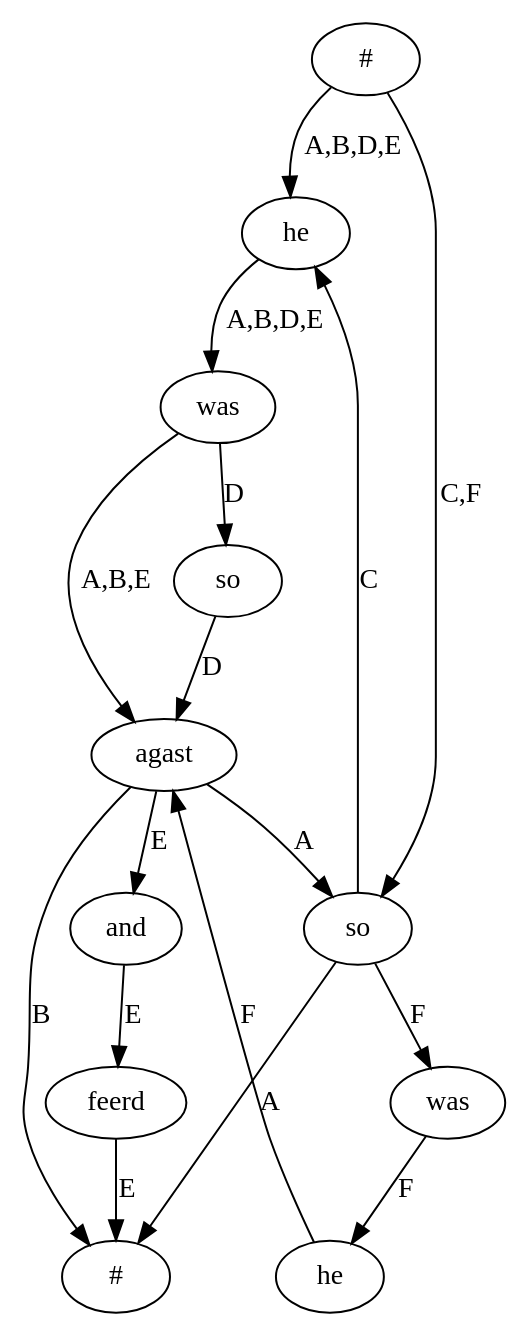
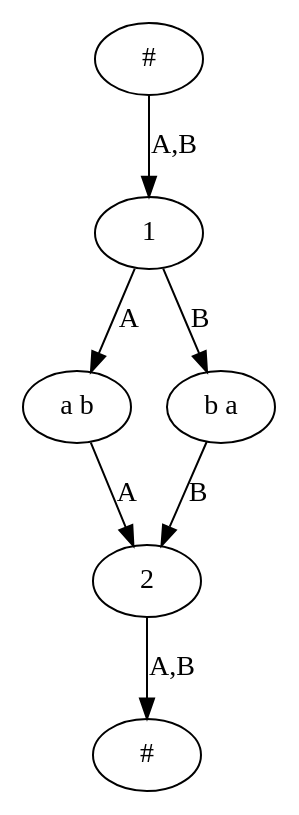
One commit to interedition/collatex changed the diagram in collatex-web/src/main/ruby/input.dot. Above: the diagram before and after it, drawn with Graphviz. The commit also changed 1 other file, not shown here.

Commit message:
remarks for output switch for svg view: cyclic unjoined or acyclic joined graph

```diff
--- a/collatex-web/src/main/ruby/input.dot
+++ b/collatex-web/src/main/ruby/input.dot
@@ -1,29 +1,14 @@
 digraph G {
-  58 [label = "#"];
-  59 [label = "#"];
-  60 [label = "he"];
-  61 [label = "was"];
-  62 [label = "agast"];
-  63 [label = "so"];
-  64 [label = "and"];
-  65 [label = "feerd"];
-  66 [label = "so"];
-  67 [label = "was"];
-  68 [label = "he"];
-  58 -> 60 [label = "A,B,D,E"];
-  60 -> 61 [label = "A,B,D,E"];
-  61 -> 62 [label = "A,B,E"];
-  62 -> 63 [label = "A"];
-  63 -> 59 [label = "A"];
-  62 -> 59 [label = "B"];
-  62 -> 64 [label = "E"];
-  64 -> 65 [label = "E"];
-  65 -> 59 [label = "E"];
-  61 -> 66 [label = "D"];
-  66 -> 62 [label = "D"];
-  58 -> 63 [label = "C,F"];
-  63 -> 60 [label = "C"];
-  63 -> 67 [label = "F"];
-  67 -> 68 [label = "F"];
-  68 -> 62 [label = "F"];
+  66 [label = "#"];
+  67 [label = "#"];
+  68 [label = "1"];
+  69 [label = "a b"];
+  70 [label = "2"];
+  71 [label = "b a"];
+  66 -> 68 [label = "A,B"];
+  68 -> 69 [label = "A"];
+  69 -> 70 [label = "A"];
+  70 -> 67 [label = "A,B"];
+  68 -> 71 [label = "B"];
+  71 -> 70 [label = "B"];
 }
```
